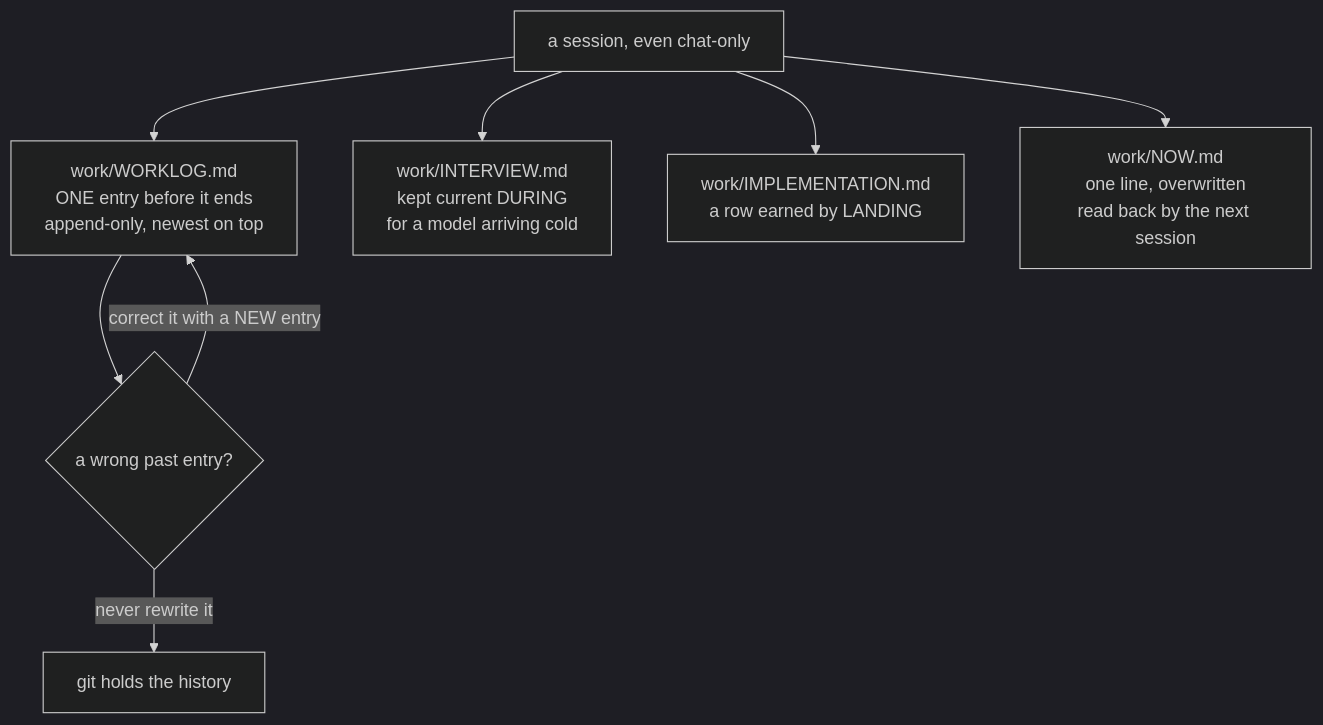
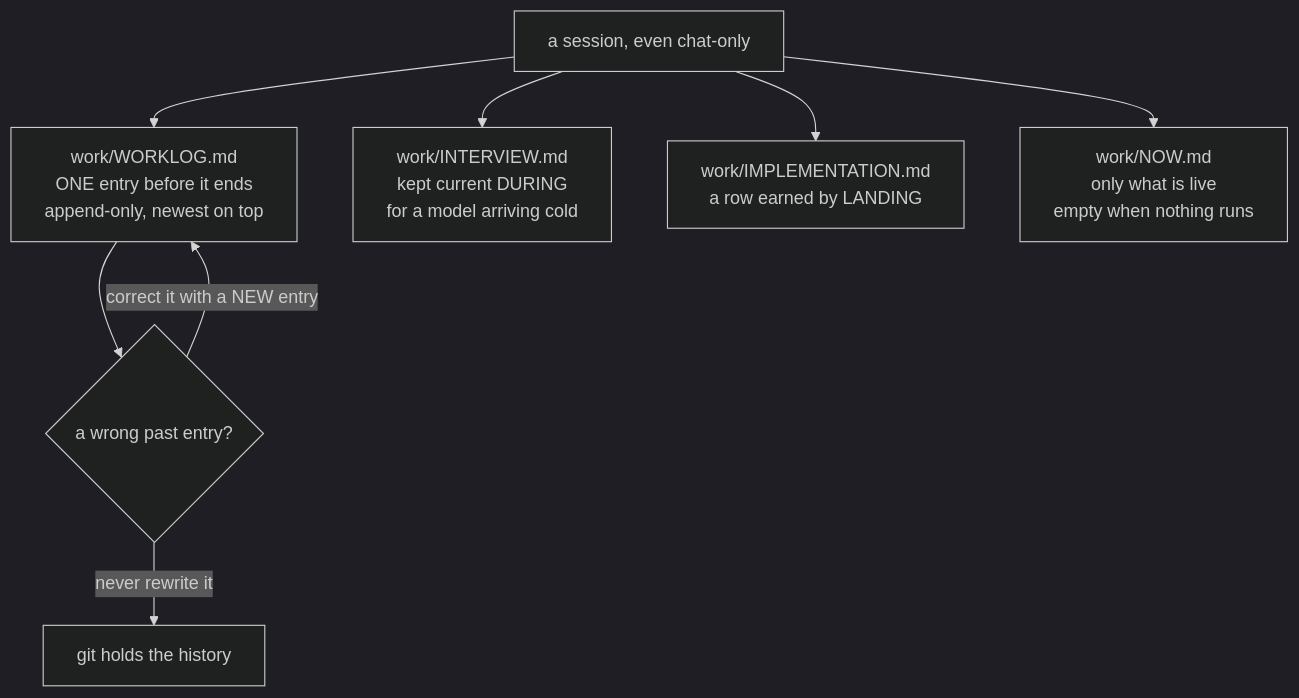
Before and after one commit to arpitarya/fux: the diagram in records/0060_WORK-session.md, drawn with Mermaid (dark theme). The commit also changed other lines of this file and 19 other files, not shown here.

First line of the commit message:
work: L14 machine budget, SR-WORK-NOW, SR-WORK-CLEANUP (Cowork filing); W-297 verdicts to Arpit; session worklog

````diff
--- a/records/0060_WORK-session.md
+++ b/records/0060_WORK-session.md
@@ -47,10 +47,10 @@
 ```mermaid
 flowchart TD
     S[a session, even chat-only] --> W["work/WORKLOG.md<br/>ONE entry before it ends<br/>append-only, newest on top"]
     S --> I["work/INTERVIEW.md<br/>kept current DURING<br/>for a model arriving cold"]
     S --> M["work/IMPLEMENTATION.md<br/>a row earned by LANDING"]
-    S --> N["work/NOW.md<br/>one line, overwritten<br/>read back by the next session"]
+    S --> N["work/NOW.md<br/>only what is live<br/>empty when nothing runs"]
     W --> E{"a wrong past entry?"}
     E -->|"correct it with a NEW entry"| W
     E -->|"never rewrite it"| X[git holds the history]
 ```
````
